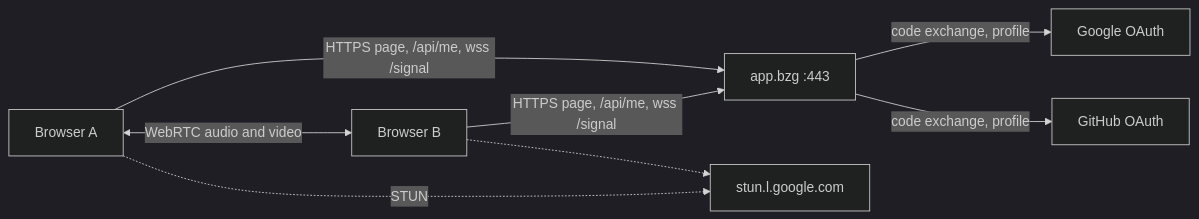
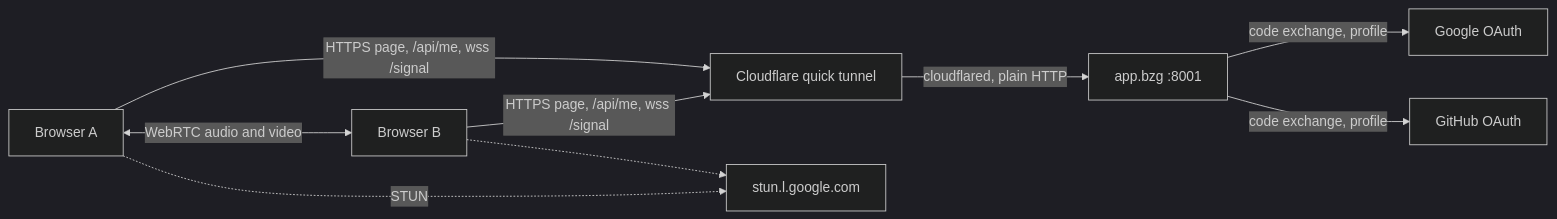
The diagram in README.md (Jevoel16/ITE183_Lab3_Google-OAuth-and-WebRTC--videocall-), drawn with Mermaid (dark theme) before and after one commit. The commit also changed other lines of this file and 3 other files, not shown here.

First line of the commit message:
docs: explain the tunnel setup and keep local HTTPS as fallback

````diff
--- a/README.md
+++ b/README.md
@@ -141,10 +144,11 @@
 ```mermaid
 flowchart LR
-  A[Browser A] -->|HTTPS page, /api/me, wss /signal| APP[app.bzg :443]
-  B[Browser B] -->|HTTPS page, /api/me, wss /signal| APP
+  A[Browser A] -->|HTTPS page, /api/me, wss /signal| CF[Cloudflare quick tunnel]
+  B[Browser B] -->|HTTPS page, /api/me, wss /signal| CF
+  CF -->|cloudflared, plain HTTP| APP[app.bzg :8001]
   APP -->|code exchange, profile| G[Google OAuth]
   APP -->|code exchange, profile| GH[GitHub OAuth]
   A <-->|WebRTC audio and video| B
   A -.->|STUN| S[stun.l.google.com]
   B -.-> S
 ```
````
